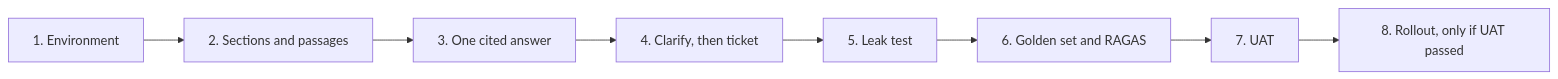
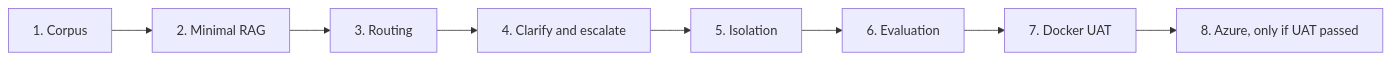
The third of 6 diagrams in docs/alpha_build.md (ramy-glitch/Deskline), drawn with Mermaid before and after one commit. The commit also changed other lines of this file and 12 other files, not shown here.

````diff
--- a/docs/alpha_build.md
+++ b/docs/alpha_build.md
@@ -65,13 +67,13 @@
 ```mermaid
 flowchart LR
-    s1[1. Environment]
-    s2[2. Sections and passages]
-    s3[3. One cited answer]
-    s4[4. Clarify, then ticket]
-    s5[5. Leak test]
-    s6[6. Golden set and RAGAS]
-    s7[7. UAT]
-    s8[8. Rollout, only if UAT passed]
+    s1[1. Corpus]
+    s2[2. Minimal RAG]
+    s3[3. Routing]
+    s4[4. Clarify and escalate]
+    s5[5. Isolation]
+    s6[6. Evaluation]
+    s7[7. Docker UAT]
+    s8[8. Azure, only if UAT passed]
 
     s1 --> s2 --> s3 --> s4 --> s5 --> s6 --> s7 --> s8
 ```
````
